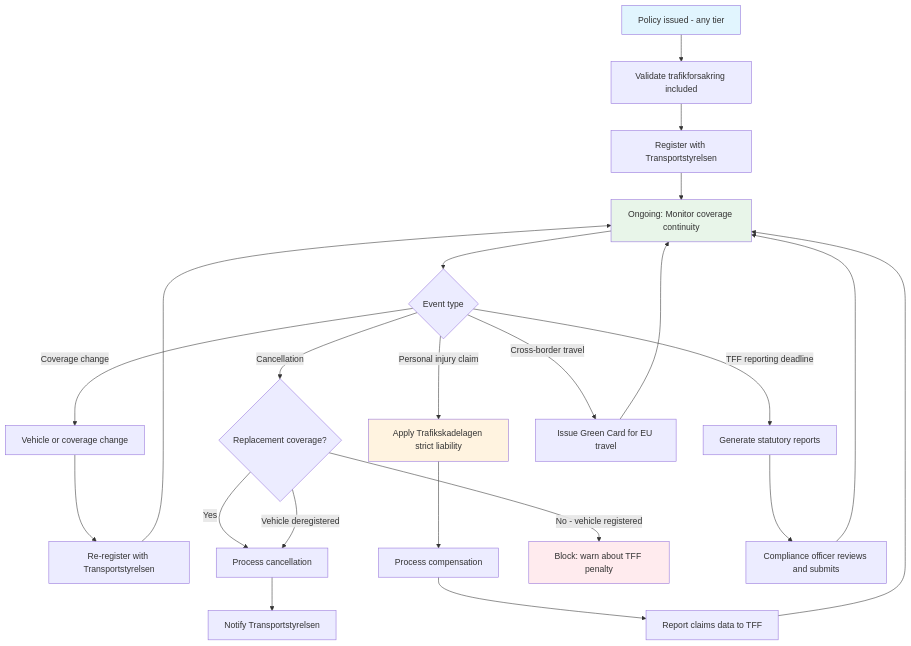
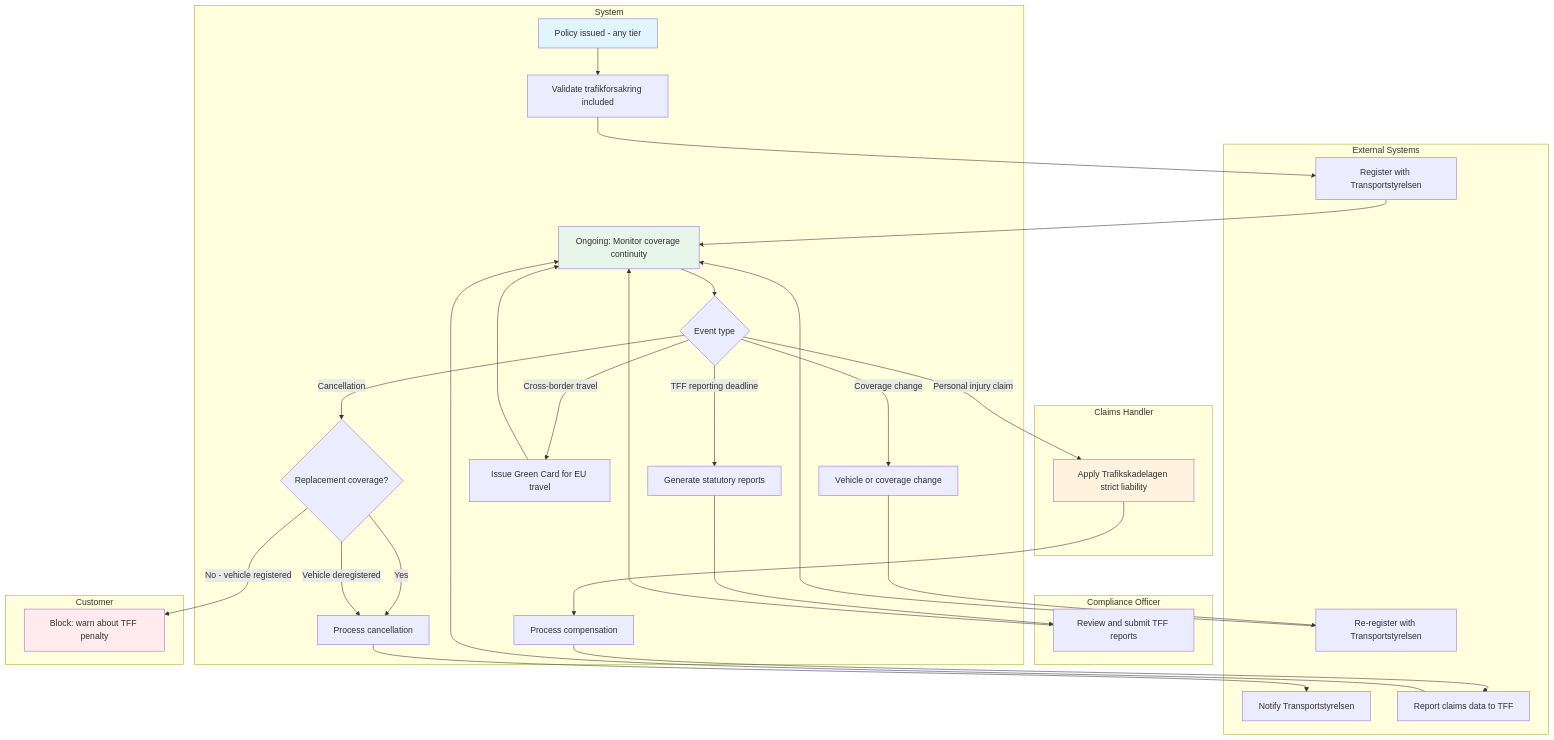
The first of 2 diagrams in docs/phase-1-motor/use-cases/trafikforsakring.md (Agentic-software-factory/insurance-platform-requirements), drawn with Mermaid before and after one commit. The commit also changed 13 other files, not shown here.

````diff
--- a/docs/phase-1-motor/use-cases/trafikforsakring.md
+++ b/docs/phase-1-motor/use-cases/trafikforsakring.md
@@ -40,29 +40,57 @@
 ```mermaid
 flowchart TD
-    A[Policy issued - any tier] --> B[Validate trafikforsakring included]
-    B --> C[Register with Transportstyrelsen]
-    C --> D[Ongoing: Monitor coverage continuity]
-    D --> E{Event type}
-    E -->|Coverage change| F[Vehicle or coverage change]
-    F --> G[Re-register with Transportstyrelsen]
+    subgraph System
+        A[Policy issued - any tier]
+        B[Validate trafikforsakring included]
+        D[Ongoing: Monitor coverage continuity]
+        E{Event type}
+        F[Vehicle or coverage change]
+        I[Process compensation]
+        K{Replacement coverage?}
+        L[Process cancellation]
+        Q[Issue Green Card for EU travel]
+        O[Generate statutory reports]
+    end
+    subgraph Claims Handler
+        H[Apply Trafikskadelagen strict liability]
+    end
+    subgraph Compliance Officer
+        P[Review and submit TFF reports]
+    end
+    subgraph External["External Systems"]
+        C[Register with Transportstyrelsen]
+        G[Re-register with Transportstyrelsen]
+        N[Notify Transportstyrelsen]
+        J[Report claims data to TFF]
+    end
+    subgraph Customer
+        M[Block: warn about TFF penalty]
+    end
+
+    A --> B
+    B --> C
+    C --> D
+    D --> E
+    E -->|Coverage change| F
+    F --> G
     G --> D
-    E -->|Personal injury claim| H[Apply Trafikskadelagen strict liability]
-    H --> I[Process compensation]
-    I --> J[Report claims data to TFF]
+    E -->|Personal injury claim| H
+    H --> I
+    I --> J
     J --> D
-    E -->|Cancellation| K{Replacement coverage?}
-    K -->|Yes| L[Process cancellation]
-    K -->|No - vehicle registered| M[Block: warn about TFF penalty]
+    E -->|Cancellation| K
+    K -->|Yes| L
+    K -->|No - vehicle registered| M
     K -->|Vehicle deregistered| L
-    L --> N[Notify Transportstyrelsen]
-    E -->|TFF reporting deadline| O[Generate statutory reports]
-    O --> P[Compliance officer reviews and submits]
+    L --> N
+    E -->|TFF reporting deadline| O
+    O --> P
     P --> D
-    E -->|Cross-border travel| Q[Issue Green Card for EU travel]
+    E -->|Cross-border travel| Q
     Q --> D
 
     style A fill:#e1f5fe
     style D fill:#e8f5e9
     style M fill:#ffebee
     style H fill:#fff3e0
 ```
````
